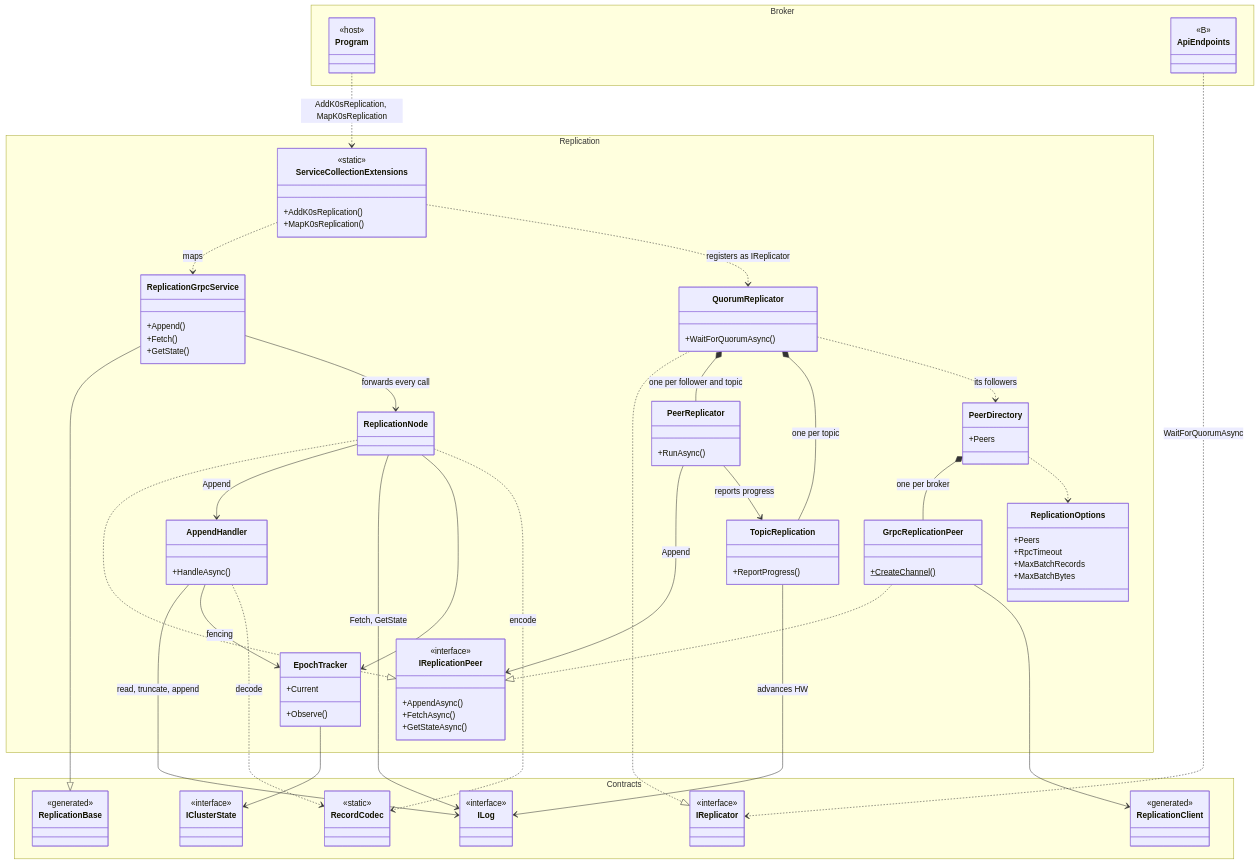
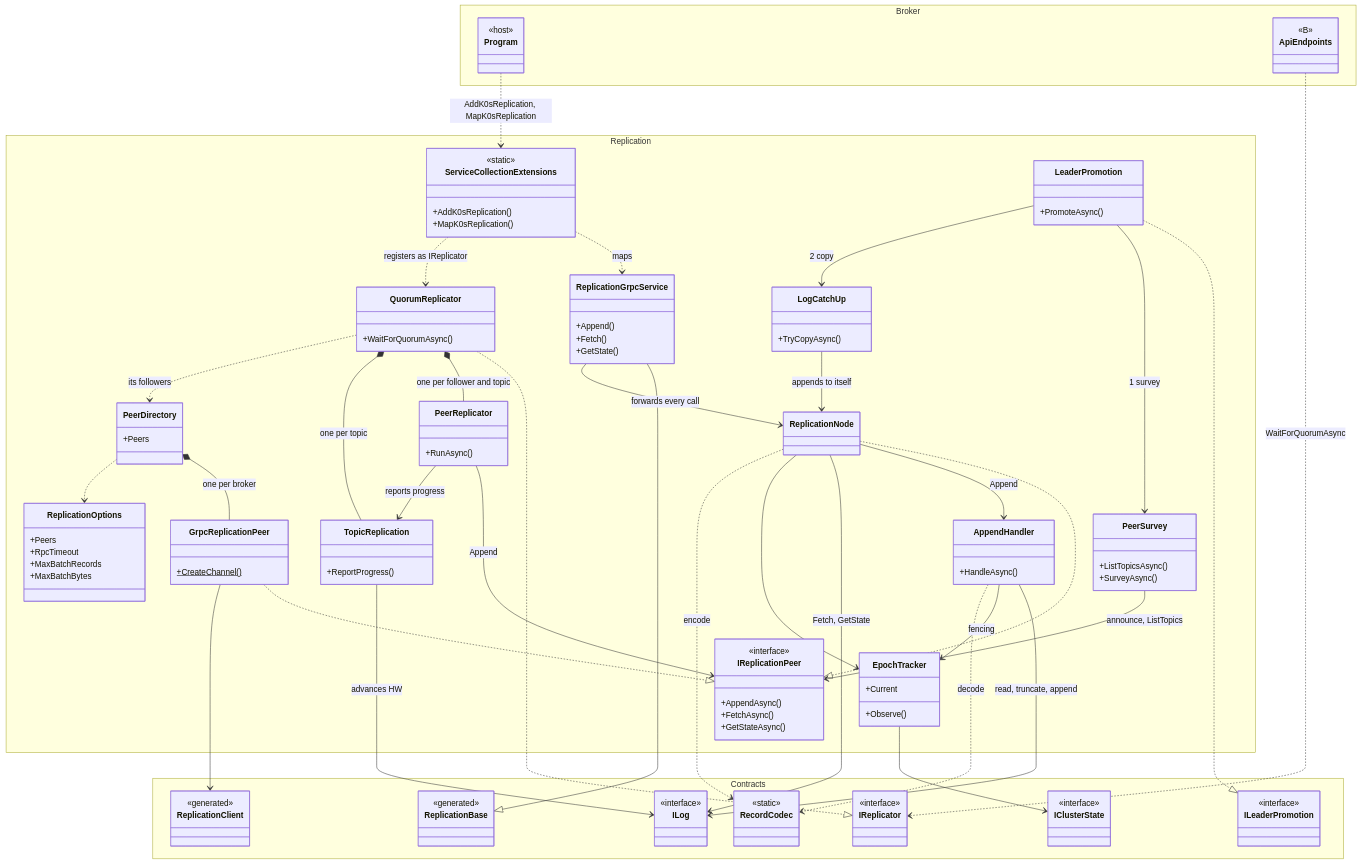
The first of 3 diagrams in docs/replication-code-guide.md (paulisuden/K0sStreams), drawn with Mermaid before and after one commit. The commit also changed other lines of this file and 4 other files, not shown here.

Commit message:
docs(replication): document leader promotion and DEC-002

````diff
--- a/docs/replication-code-guide.md
+++ b/docs/replication-code-guide.md
@@ -76,6 +76,16 @@
         class TopicReplication {
             +ReportProgress()
         }
+        class LeaderPromotion {
+            +PromoteAsync()
+        }
+        class PeerSurvey {
+            +ListTopicsAsync()
+            +SurveyAsync()
+        }
+        class LogCatchUp {
+            +TryCopyAsync()
+        }
         class ReplicationOptions {
             +Peers
             +RpcTimeout
@@ -92,6 +102,9 @@
             <<interface>>
         }
         class IReplicator {
+            <<interface>>
+        }
+        class ILeaderPromotion {
             <<interface>>
         }
         class RecordCodec {
@@ -135,4 +148,10 @@
     PeerReplicator --> TopicReplication : reports progress
     TopicReplication --> ILog : advances HW
     ApiEndpoints ..> IReplicator : WaitForQuorumAsync
+
+    LeaderPromotion ..|> ILeaderPromotion
+    LeaderPromotion --> PeerSurvey : 1 survey
+    LeaderPromotion --> LogCatchUp : 2 copy
+    PeerSurvey --> IReplicationPeer : announce, ListTopics
+    LogCatchUp --> ReplicationNode : appends to itself
 ```
````
